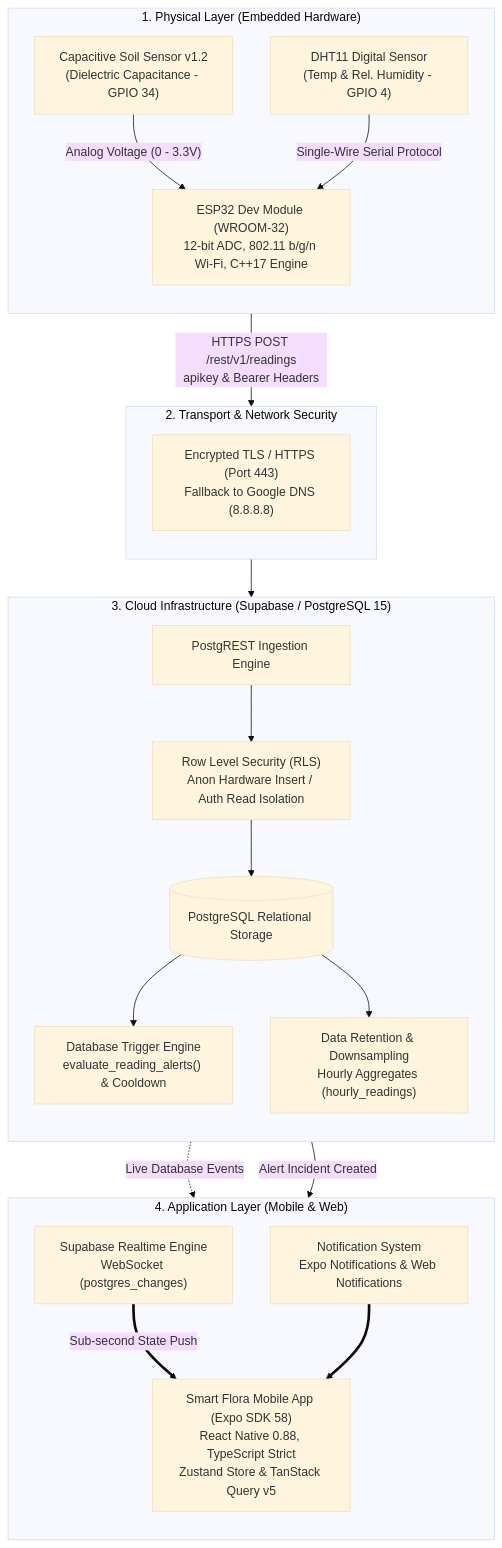
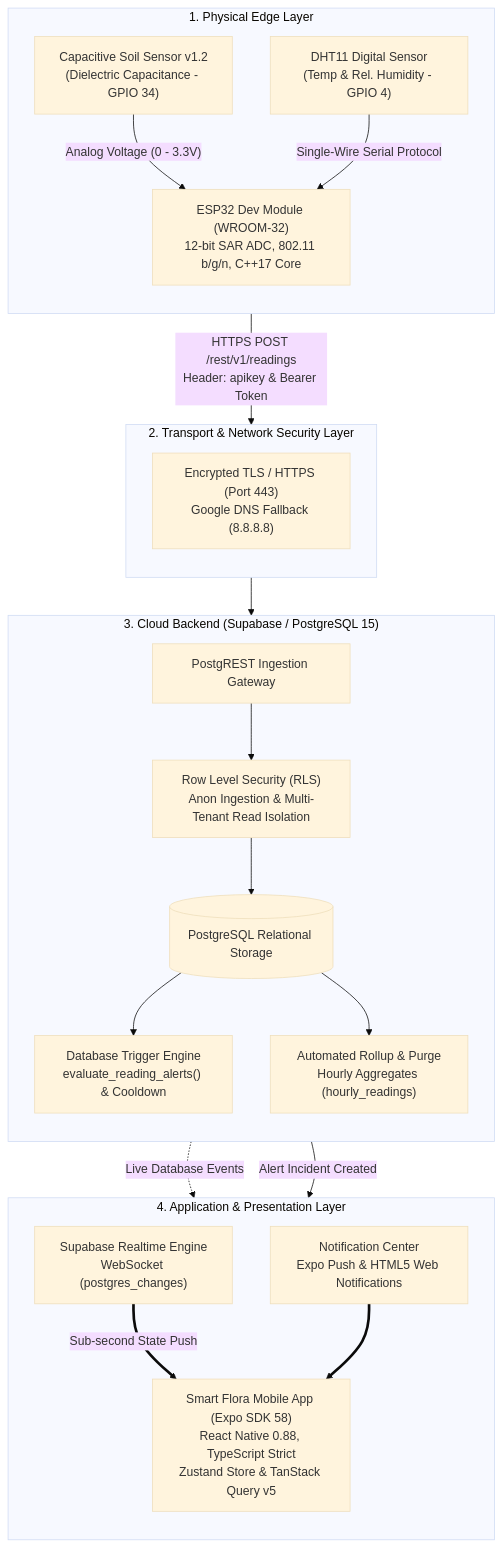
One commit to Aditya-Naikwadi/smart-flora-monitoring changed the first of 2 diagrams in README.md. Above: the diagram before and after it, drawn with Mermaid (base theme). The commit also changed other lines of this file, not shown here.

````diff
--- a/README.md
+++ b/README.md
@@ -26,44 +92,44 @@
 ```mermaid
 flowchart TB
-    subgraph Physical_Edge["1. Physical Layer (Embedded Hardware)"]
+    subgraph Physical_Edge["1. Physical Edge Layer"]
         direction TB
         S1["Capacitive Soil Sensor v1.2<br/>(Dielectric Capacitance - GPIO 34)"]
         S2["DHT11 Digital Sensor<br/>(Temp & Rel. Humidity - GPIO 4)"]
-        MCU["ESP32 Dev Module (WROOM-32)<br/>12-bit ADC, 802.11 b/g/n Wi-Fi, C++17 Engine"]
+        MCU["ESP32 Dev Module (WROOM-32)<br/>12-bit SAR ADC, 802.11 b/g/n, C++17 Core"]
         S1 -->|"Analog Voltage (0 - 3.3V)"| MCU
         S2 -->|"Single-Wire Serial Protocol"| MCU
     end
 
-    subgraph Transport_Layer["2. Transport & Network Security"]
+    subgraph Transport_Layer["2. Transport & Network Security Layer"]
         direction TB
-        TLS["Encrypted TLS / HTTPS (Port 443)<br/>Fallback to Google DNS (8.8.8.8)"]
-        MCU -->|"HTTPS POST /rest/v1/readings<br/>apikey & Bearer Headers"| TLS
+        TLS["Encrypted TLS / HTTPS (Port 443)<br/>Google DNS Fallback (8.8.8.8)"]
+        MCU -->|"HTTPS POST /rest/v1/readings<br/>Header: apikey & Bearer Token"| TLS
     end
 
-    subgraph Cloud_Backend["3. Cloud Infrastructure (Supabase / PostgreSQL 15)"]
+    subgraph Cloud_Backend["3. Cloud Backend (Supabase / PostgreSQL 15)"]
         direction TB
-        REST["PostgREST Ingestion Engine"]
-        RLS["Row Level Security (RLS)<br/>Anon Hardware Insert / Auth Read Isolation"]
+        REST["PostgREST Ingestion Gateway"]
+        RLS["Row Level Security (RLS)<br/>Anon Ingestion & Multi-Tenant Read Isolation"]
         DB[(PostgreSQL Relational Storage)]
         TRIG["Database Trigger Engine<br/>evaluate_reading_alerts() & Cooldown"]
-        ROLL["Data Retention & Downsampling<br/>Hourly Aggregates (hourly_readings)"]
+        ROLL["Automated Rollup & Purge<br/>Hourly Aggregates (hourly_readings)"]
         
         TLS --> REST
         REST --> RLS
         RLS --> DB
         DB --> TRIG
         DB --> ROLL
     end
 
-    subgraph Application_Layer["4. Application Layer (Mobile & Web)"]
+    subgraph Application_Layer["4. Application & Presentation Layer"]
         direction TB
         WS["Supabase Realtime Engine<br/>WebSocket (postgres_changes)"]
         APP["Smart Flora Mobile App (Expo SDK 58)<br/>React Native 0.88, TypeScript Strict<br/>Zustand Store & TanStack Query v5"]
-        NOTIF["Notification System<br/>Expo Notifications & Web Notifications"]
+        NOTIF["Notification Center<br/>Expo Push & HTML5 Web Notifications"]
         
         DB -.->|"Live Database Events"| WS
         WS ==>|"Sub-second State Push"| APP
         TRIG -->|"Alert Incident Created"| NOTIF
         NOTIF ==> APP
     end
 ```
````
